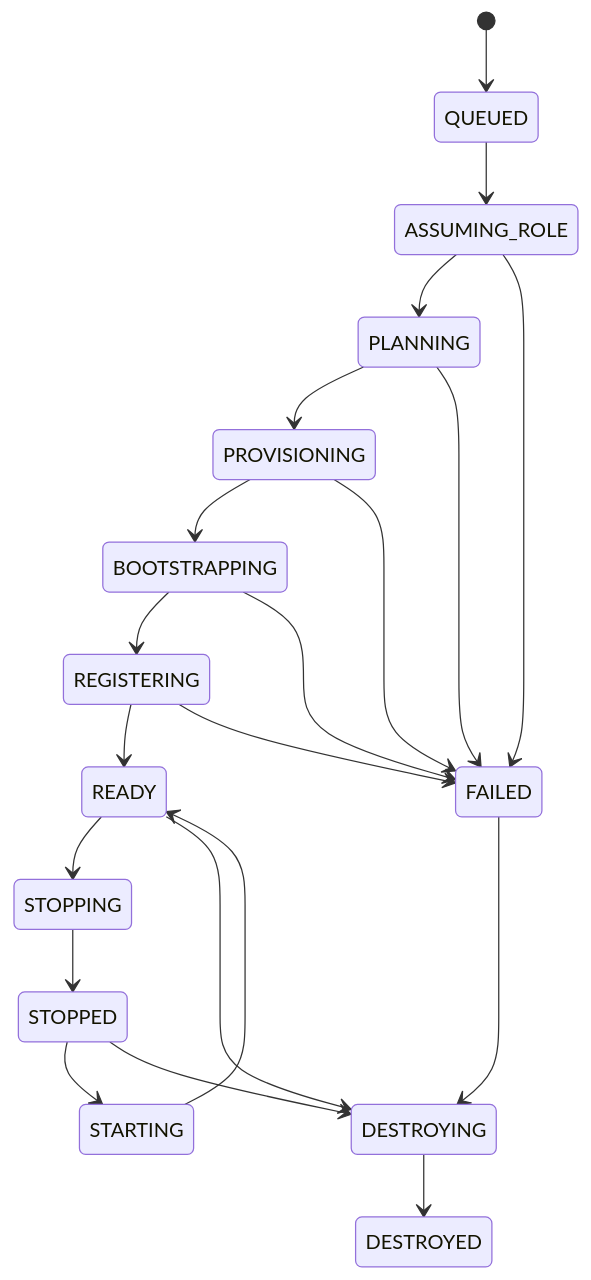
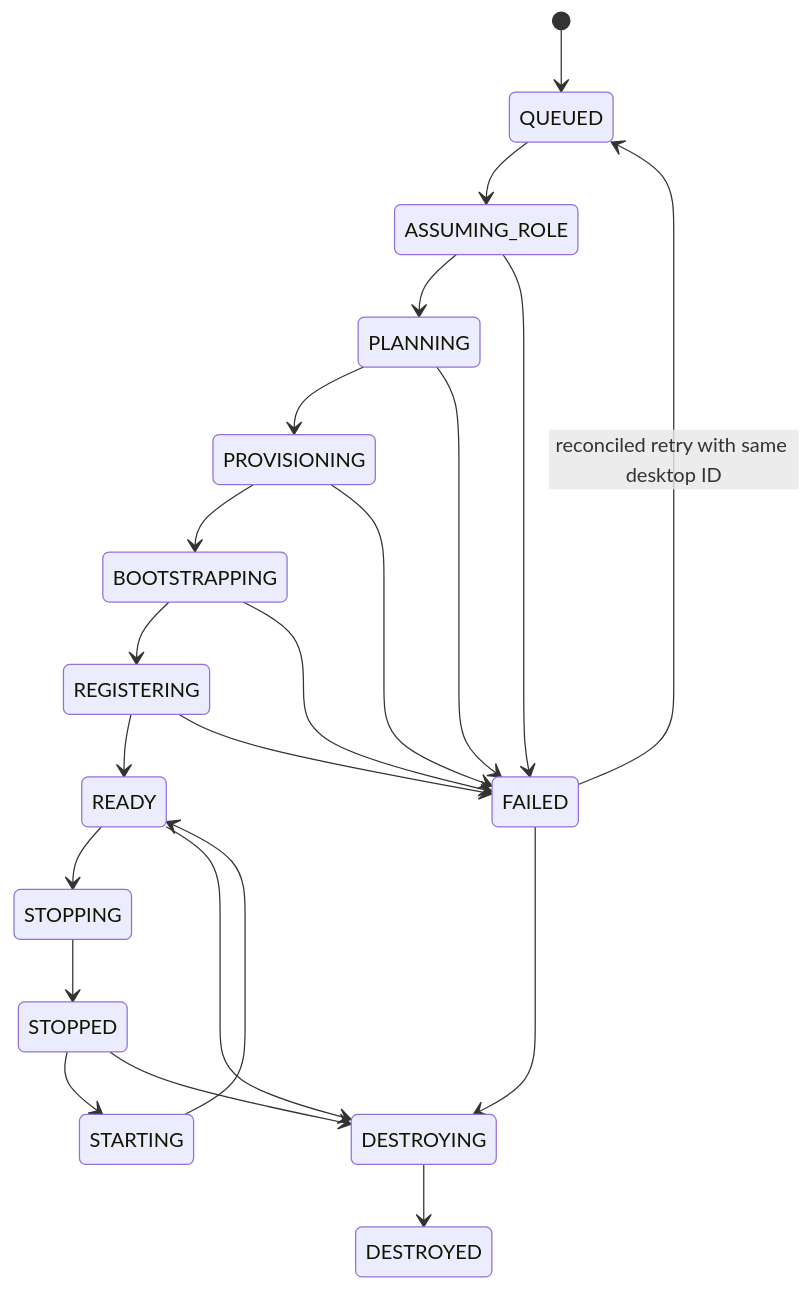
Before and after one commit to orchael/desktopctl: the third of 3 diagrams in docs/ARCHITECTURE.md, drawn with Mermaid. The commit also changed other lines of this file, not shown here.

Commit message:
docs: show reconciled provisioning retry

````diff
--- a/docs/ARCHITECTURE.md
+++ b/docs/ARCHITECTURE.md
@@ -68,23 +68,24 @@
 ```mermaid
 stateDiagram-v2
   [*] --> QUEUED
   QUEUED --> ASSUMING_ROLE
   ASSUMING_ROLE --> PLANNING
   PLANNING --> PROVISIONING
   PROVISIONING --> BOOTSTRAPPING
   BOOTSTRAPPING --> REGISTERING
   REGISTERING --> READY
   READY --> STOPPING
   STOPPING --> STOPPED
   STOPPED --> STARTING
   STARTING --> READY
   READY --> DESTROYING
   STOPPED --> DESTROYING
   FAILED --> DESTROYING
   DESTROYING --> DESTROYED
   ASSUMING_ROLE --> FAILED
   PLANNING --> FAILED
   PROVISIONING --> FAILED
   BOOTSTRAPPING --> FAILED
   REGISTERING --> FAILED
+  FAILED --> QUEUED: reconciled retry with same desktop ID
 ```
````
